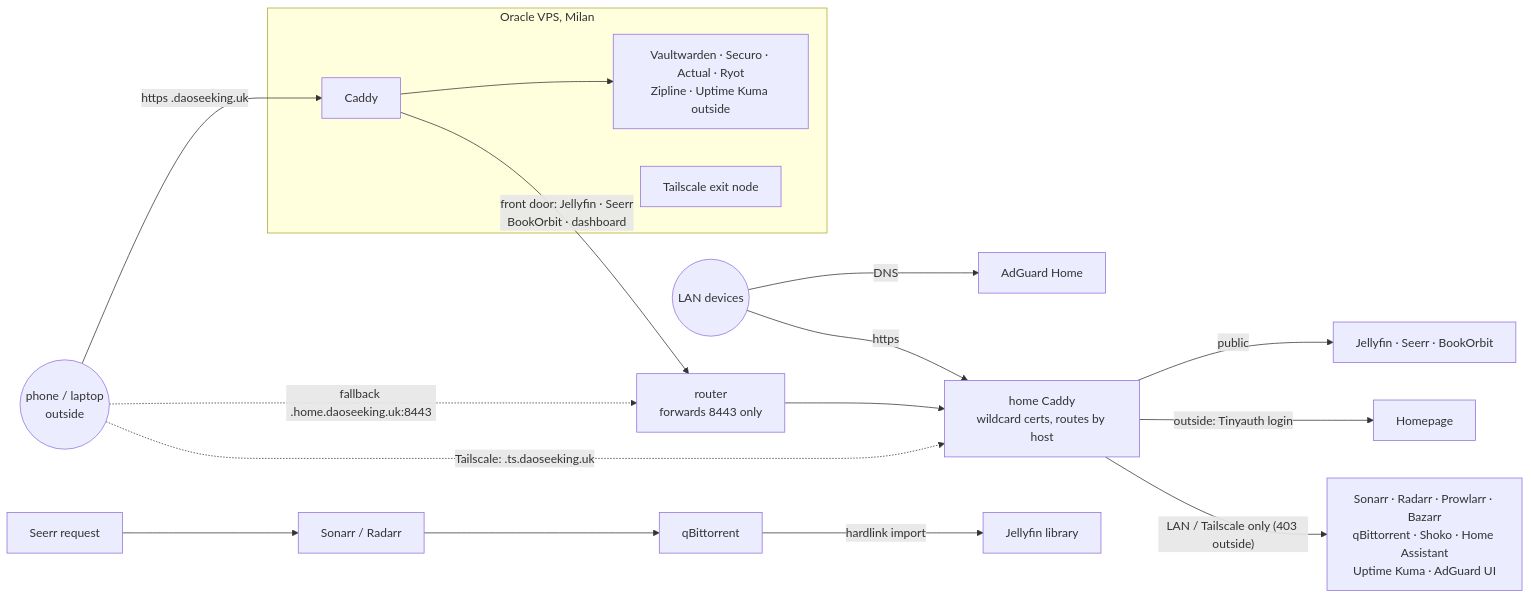
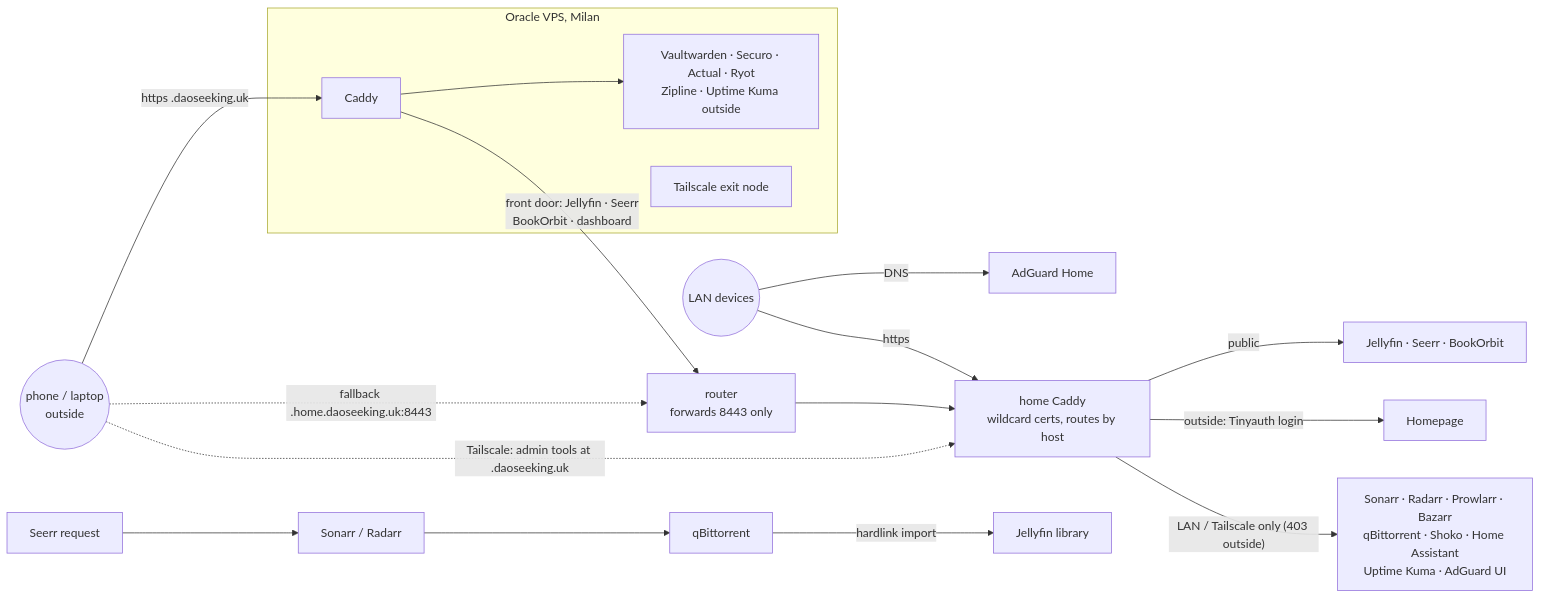
The diagram in README.md (sergey-borovkov/homelab), drawn with Mermaid before and after one commit. The commit also changed other lines of this file and 3 other files, not shown here.

Commit message:
net: admin tools at plain <app>.daoseeking.uk (tailnet IP in DNS, AdGuard rewrite on LAN); HA public with own 2FA

````diff
--- a/README.md
+++ b/README.md
@@ -16,21 +16,21 @@
 ```mermaid
 flowchart LR
   phone((phone / laptop<br/>outside)) -- "https <app>.daoseeking.uk" --> vcaddy
   phone -. "fallback <app>.home.daoseeking.uk:8443" .-> router[router<br/>forwards 8443 only]
-  phone -. "Tailscale: <app>.ts.daoseeking.uk" .-> caddy
+  phone -. "Tailscale: admin tools at <app>.daoseeking.uk" .-> caddy
 
   subgraph VPS [Oracle VPS, Milan]
     vcaddy[Caddy] --> vapps[Vaultwarden · Securo · Actual · Ryot<br/>Zipline · Uptime Kuma outside]
     ts[Tailscale exit node]
   end
   vcaddy -- "front door: Jellyfin · Seerr<br/>BookOrbit · dashboard" --> router
 
   lan((LAN devices)) -- DNS --> adguard[AdGuard Home]
   lan -- https --> caddy
   router --> caddy[home Caddy<br/>wildcard certs, routes by host]
   caddy -- public --> pub[Jellyfin · Seerr · BookOrbit]
   caddy -- "outside: Tinyauth login" --> dash[Homepage]
   caddy -- "LAN / Tailscale only (403 outside)" --> admin[Sonarr · Radarr · Prowlarr · Bazarr<br/>qBittorrent · Shoko · Home Assistant<br/>Uptime Kuma · AdGuard UI]
 
   seerr[Seerr request] --> arr[Sonarr / Radarr] --> qbit[qBittorrent] -- hardlink import --> jf[Jellyfin library]
 ```
````
